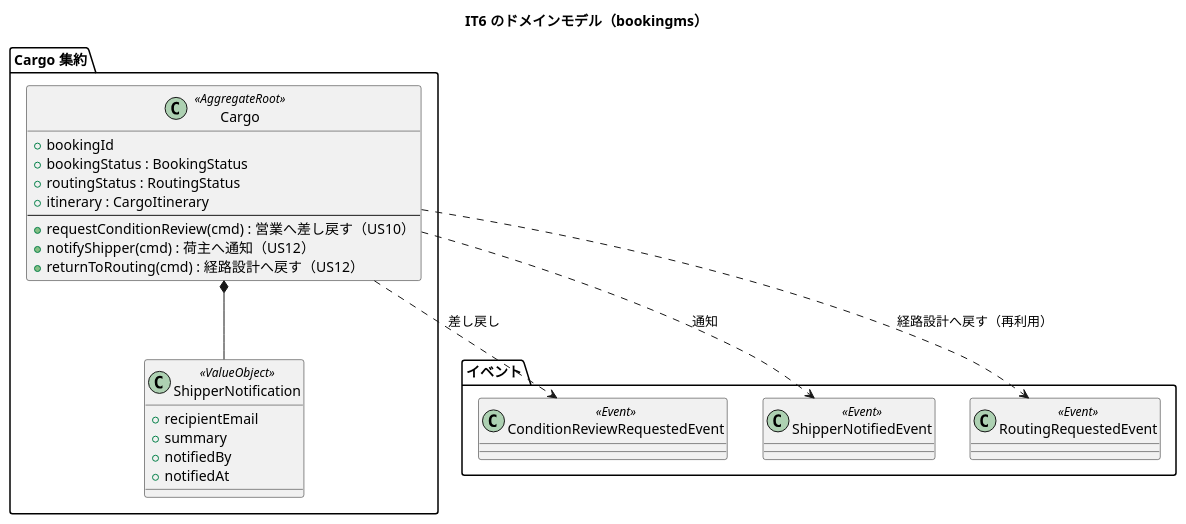
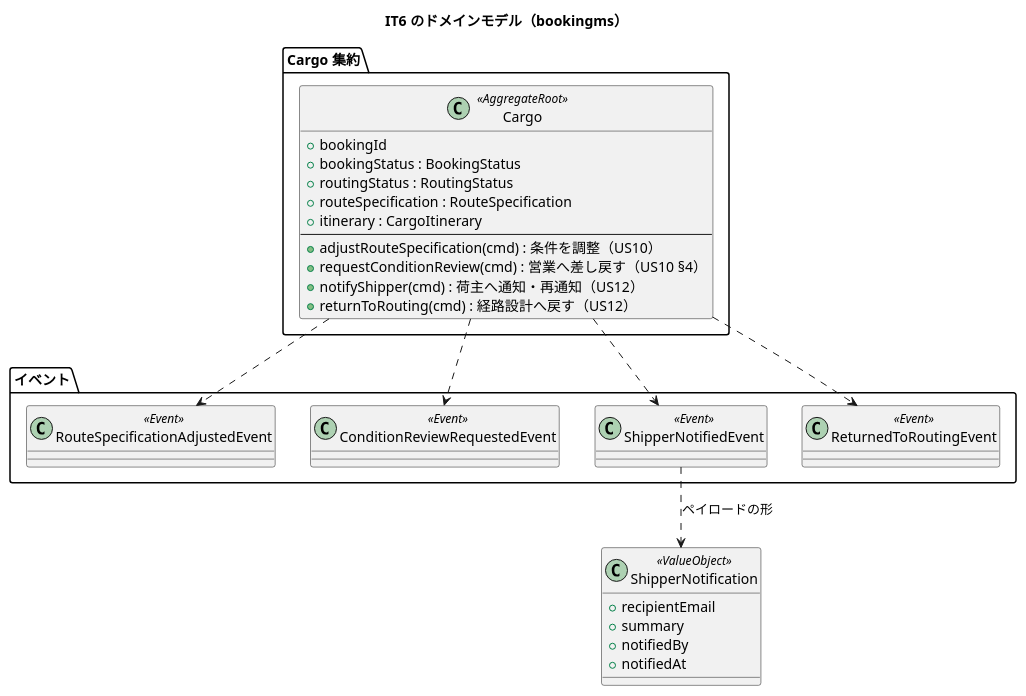
One commit to k2works/case-study-cargo-tracker changed the second of 5 diagrams in docs/development/cargo-tracker/iteration_plan-6.md. Above: the diagram before and after it, drawn with PlantUML. The commit also changed other lines of this file and 1 other file, not shown here.

````diff
--- a/docs/development/cargo-tracker/iteration_plan-6.md
+++ b/docs/development/cargo-tracker/iteration_plan-6.md
@@ -112,36 +144,40 @@
 ```plantuml
 @startuml
 title IT6 のドメインモデル（bookingms）
 
 package "Cargo 集約" {
   class Cargo <<AggregateRoot>> {
     + bookingId
     + bookingStatus : BookingStatus
     + routingStatus : RoutingStatus
+    + routeSpecification : RouteSpecification
     + itinerary : CargoItinerary
     --
-    + requestConditionReview(cmd) : 営業へ差し戻す（US10）
-    + notifyShipper(cmd) : 荷主へ通知（US12）
+    + adjustRouteSpecification(cmd) : 条件を調整（US10）
+    + requestConditionReview(cmd) : 営業へ差し戻す（US10 §4）
+    + notifyShipper(cmd) : 荷主へ通知・再通知（US12）
     + returnToRouting(cmd) : 経路設計へ戻す（US12）
-  }
-
-  class ShipperNotification <<ValueObject>> {
-    + recipientEmail
-    + summary
-    + notifiedBy
-    + notifiedAt
   }
 }
 
 package "イベント" {
+  class RouteSpecificationAdjustedEvent <<Event>>
   class ConditionReviewRequestedEvent <<Event>>
   class ShipperNotifiedEvent <<Event>>
-  class RoutingRequestedEvent <<Event>>
+  class ReturnedToRoutingEvent <<Event>>
 }
 
-Cargo *-- ShipperNotification
-Cargo ..> ConditionReviewRequestedEvent : 差し戻し
-Cargo ..> ShipperNotifiedEvent : 通知
-Cargo ..> RoutingRequestedEvent : 経路設計へ戻す（再利用）
+class ShipperNotification <<ValueObject>> {
+  + recipientEmail
+  + summary
+  + notifiedBy
+  + notifiedAt
+}
+
+Cargo ..> RouteSpecificationAdjustedEvent
+Cargo ..> ConditionReviewRequestedEvent
+Cargo ..> ShipperNotifiedEvent
+Cargo ..> ReturnedToRoutingEvent
+ShipperNotifiedEvent ..> ShipperNotification : ペイロードの形
 @enduml
 ```
````
